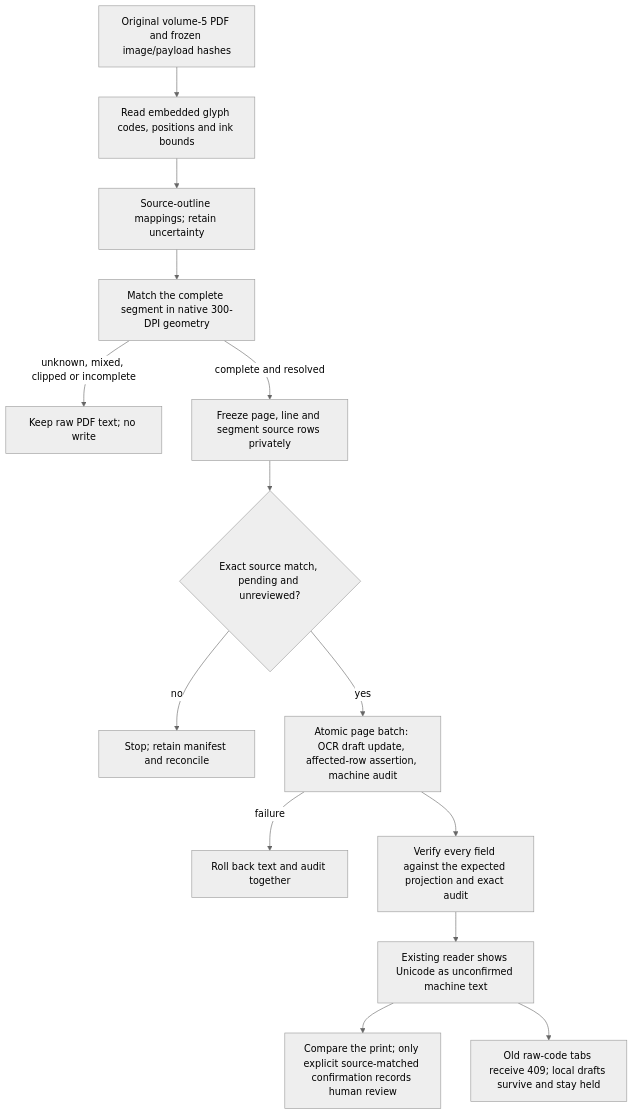
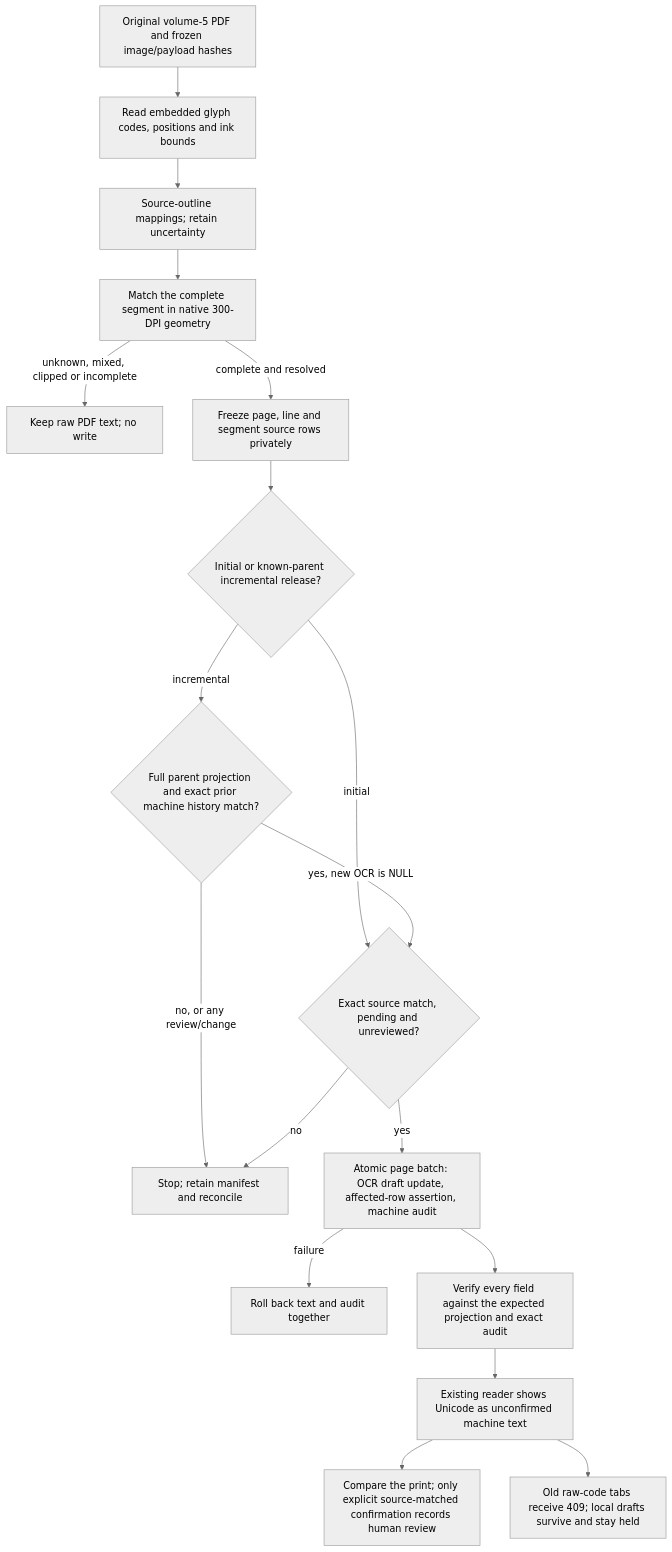
The diagram in spec-chirho/workflows-chirho/corpus-chirho/font-drafts-workflow-chirho.md (loveJesus/hottp-chirho), drawn with Mermaid (neutral theme) before and after one commit. The commit also changed other lines of this file and 16 other files, not shown here.

````diff
--- a/spec-chirho/workflows-chirho/corpus-chirho/font-drafts-workflow-chirho.md
+++ b/spec-chirho/workflows-chirho/corpus-chirho/font-drafts-workflow-chirho.md
@@ -5,16 +5,20 @@
 ```mermaid
 flowchart TD
   SourceChirho[Original volume-5 PDF and frozen image/payload hashes] --> GlyphsChirho[Read embedded glyph codes, positions and ink bounds]
   GlyphsChirho --> MapChirho[Source-outline mappings; retain uncertainty]
   MapChirho --> MatchChirho[Match the complete segment in native 300-DPI geometry]
   MatchChirho -->|unknown, mixed, clipped or incomplete| HoldChirho[Keep raw PDF text; no write]
   MatchChirho -->|complete and resolved| PrepareChirho[Freeze page, line and segment source rows privately]
-  PrepareChirho --> GuardChirho{Exact source match, pending and unreviewed?}
+  PrepareChirho --> PriorChirho{Initial or known-parent incremental release?}
+  PriorChirho -->|initial| GuardChirho{Exact source match, pending and unreviewed?}
+  PriorChirho -->|incremental| HistoryChirho{Full parent projection and exact prior machine history match?}
+  HistoryChirho -->|yes, new OCR is NULL| GuardChirho
+  HistoryChirho -->|no, or any review/change| StopChirho
   GuardChirho -->|no| StopChirho[Stop; retain manifest and reconcile]
   GuardChirho -->|yes| BatchChirho[Atomic page batch: OCR draft update, affected-row assertion, machine audit]
   BatchChirho -->|failure| RollbackChirho[Roll back text and audit together]
   BatchChirho --> ReadbackChirho[Verify every field against the expected projection and exact audit]
   ReadbackChirho --> ReaderChirho[Existing reader shows Unicode as unconfirmed machine text]
   ReaderChirho --> ReviewChirho[Compare the print; only explicit source-matched confirmation records human review]
   ReaderChirho --> StaleChirho[Old raw-code tabs receive 409; local drafts survive and stay held]
 ```
````
